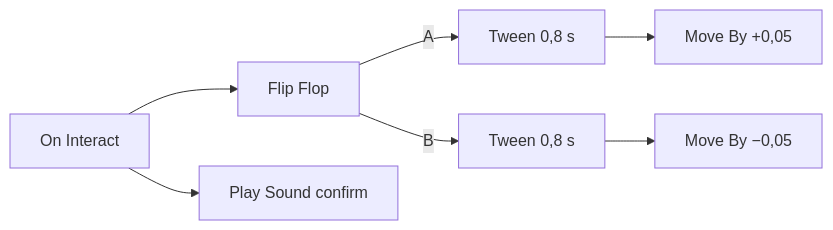
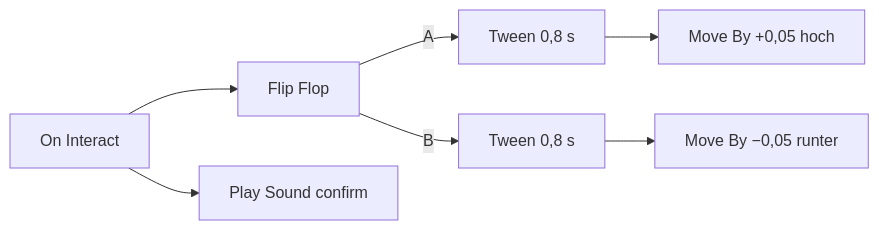
One commit to ChristianHohlfeld/kernengine.de changed the third of 3 diagrams in kern/docs/buch-gelb/09-logik.md. Above: the diagram before and after it, drawn with Mermaid. The commit also changed other lines of this file and 2 other files, not shown here.

````diff
--- a/kern/docs/buch-gelb/09-logik.md
+++ b/kern/docs/buch-gelb/09-logik.md
@@ -263,9 +328,9 @@
 ```mermaid
 flowchart LR
   I[On Interact] --> F[Flip Flop]
   F -- A --> T1[Tween 0,8 s]
-  T1 --> M1[Move By +0,05]
+  T1 --> M1[Move By +0,05 hoch]
   F -- B --> T2[Tween 0,8 s]
-  T2 --> M2[Move By −0,05]
+  T2 --> M2[Move By −0,05 runter]
   I --> S[Play Sound confirm]
 ```
````
